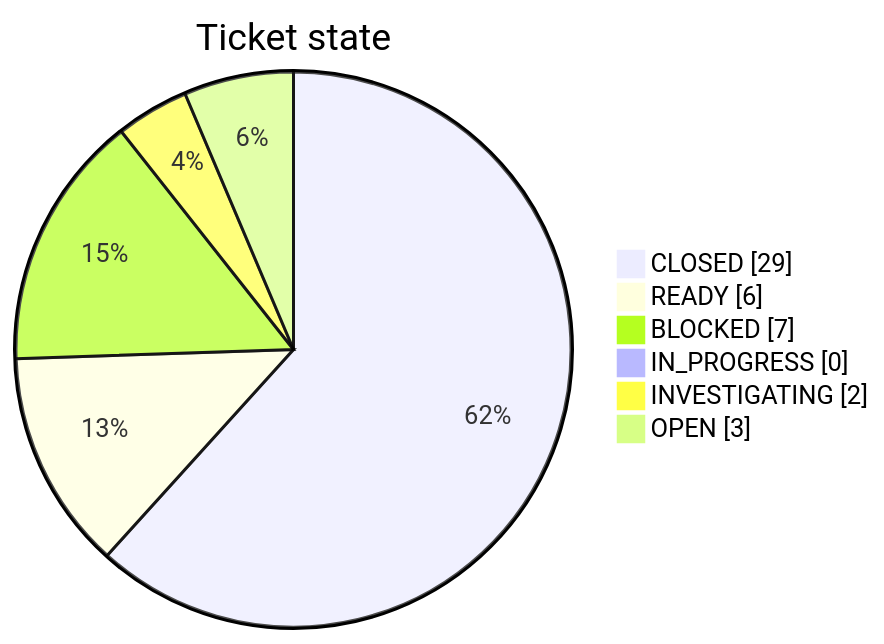
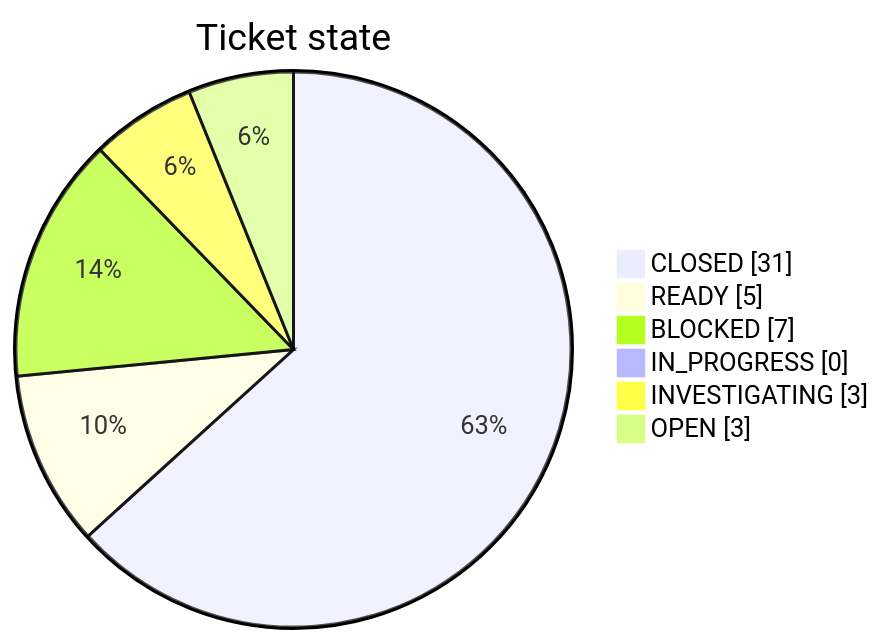
The first of 2 diagrams in docs/restoration/ISSUE_LEDGER.md (TECHSCHOLAR777/SINGLE-CHANNEL-SPEECH-SEPARATION-PROJECT), drawn with Mermaid before and after one commit. The commit also changed other lines of this file, not shown here.

````diff
--- a/docs/restoration/ISSUE_LEDGER.md
+++ b/docs/restoration/ISSUE_LEDGER.md
@@ -89,10 +91,10 @@
 ```mermaid
 pie showData
     title Ticket state
-    "CLOSED" : 29
-    "READY" : 6
+    "CLOSED" : 31
+    "READY" : 5
     "BLOCKED" : 7
     "IN_PROGRESS" : 0
-    "INVESTIGATING" : 2
+    "INVESTIGATING" : 3
     "OPEN" : 3
 ```
````
